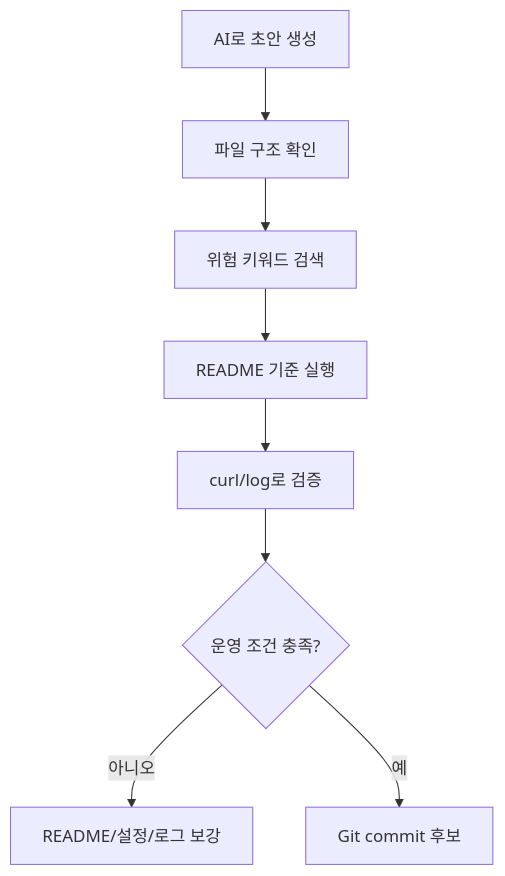
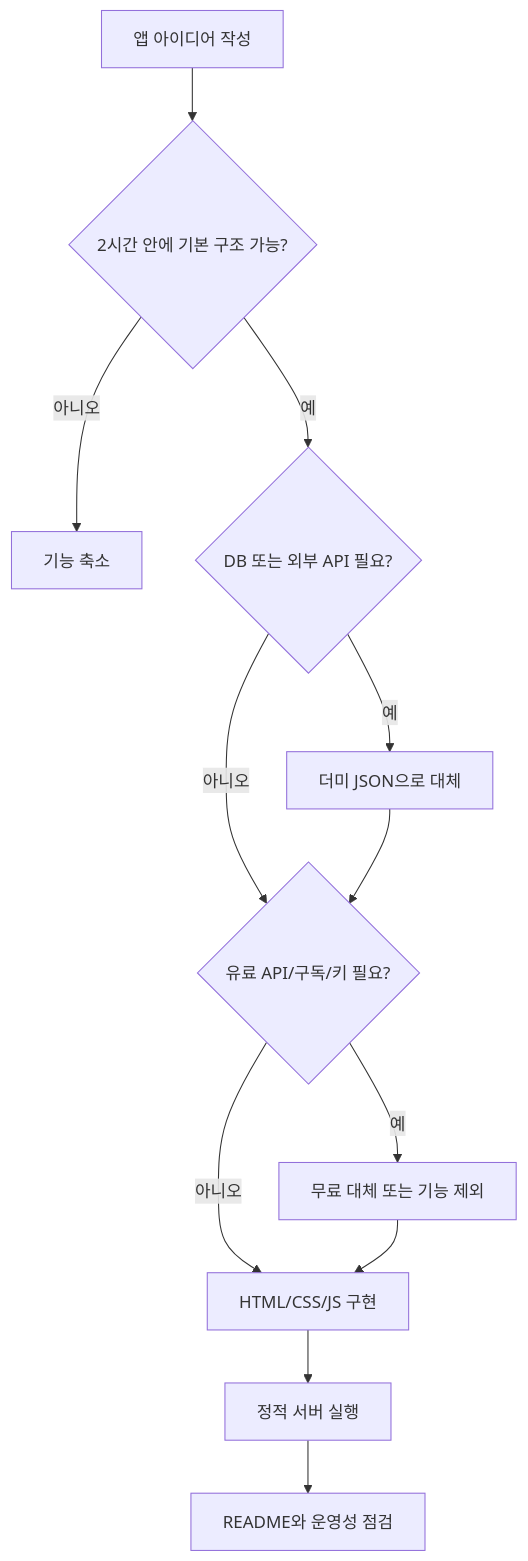
One commit to niceguy61/kdt_devops_lecture_2026_rev2 changed the diagram in week1/day3/lesson-08.md. Above: the diagram before and after it, drawn with Mermaid. The commit also changed other lines of this file and 4 other files, not shown here.

````diff
--- a/week1/day3/lesson-08.md
+++ b/week1/day3/lesson-08.md
@@ -168,10 +288,14 @@
 ```mermaid
 flowchart TD
-    A["AI로 초안 생성"] --> B["파일 구조 확인"]
-    B --> C["위험 키워드 검색"]
-    C --> D["README 기준 실행"]
-    D --> E["curl/log로 검증"]
-    E --> F{"운영 조건 충족?"}
-    F -- "아니오" --> G["README/설정/로그 보강"]
-    F -- "예" --> H["Git commit 후보"]
+    A["앱 아이디어 작성"] --> B{"2시간 안에 기본 구조 가능?"}
+    B -- "아니오" --> C["기능 축소"]
+    B -- "예" --> D{"DB 또는 외부 API 필요?"}
+    D -- "예" --> E["더미 JSON으로 대체"]
+    D -- "아니오" --> F{"유료 API/구독/키 필요?"}
+    E --> F
+    F -- "예" --> G["무료 대체 또는 기능 제외"]
+    F -- "아니오" --> H["HTML/CSS/JS 구현"]
+    G --> H
+    H --> I["정적 서버 실행"]
+    I --> J["README와 운영성 점검"]
 ```
````
